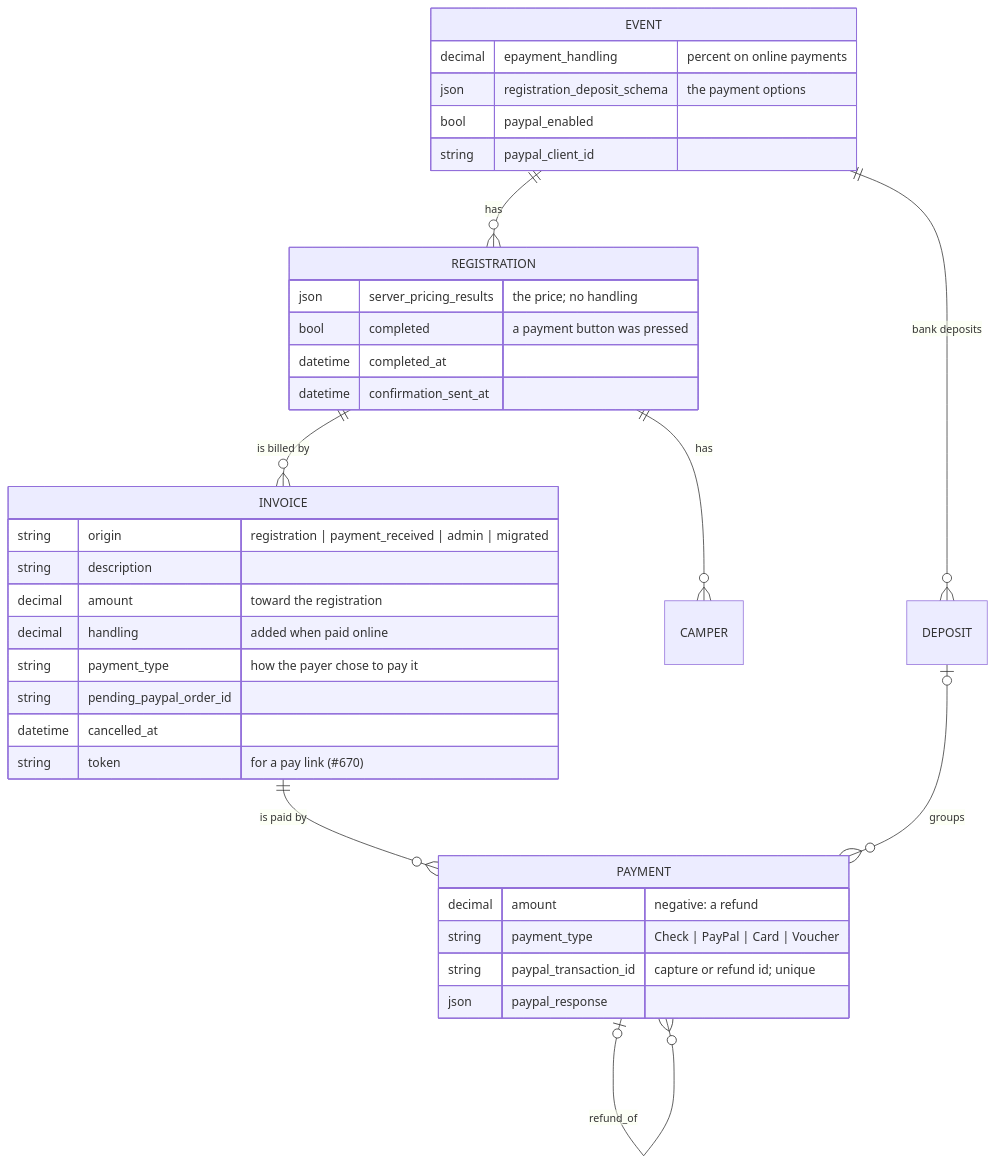
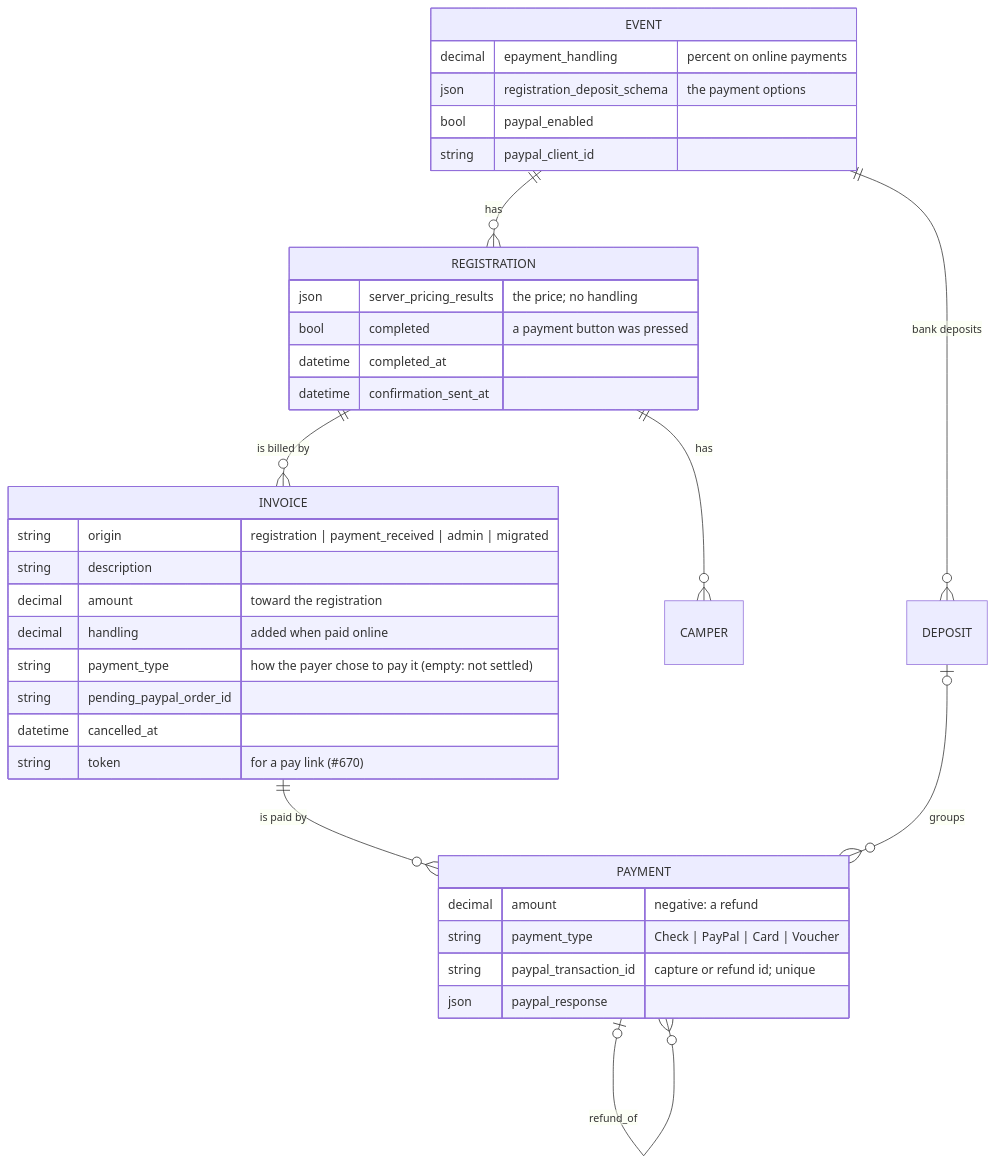
The first of 12 diagrams in doc/payments.md (camphoric/camphoric), drawn with Mermaid before and after one commit. The commit also changed other lines of this file and 8 other files, not shown here.

First line of the commit message:
fix: say how they paid after an abandoned PayPal attempt

````diff
--- a/doc/payments.md
+++ b/doc/payments.md
@@ -43,38 +43,38 @@
 ```mermaid
 erDiagram
     EVENT ||--o{ REGISTRATION : has
     EVENT ||--o{ DEPOSIT : "bank deposits"
     REGISTRATION ||--o{ CAMPER : has
     REGISTRATION ||--o{ INVOICE : "is billed by"
     INVOICE ||--o{ PAYMENT : "is paid by"
     PAYMENT |o--o{ PAYMENT : "refund_of"
     DEPOSIT |o--o{ PAYMENT : groups
     EVENT {
         decimal epayment_handling "percent on online payments"
         json registration_deposit_schema "the payment options"
         bool paypal_enabled
         string paypal_client_id
     }
     REGISTRATION {
         json server_pricing_results "the price; no handling"
         bool completed "a payment button was pressed"
         datetime completed_at
         datetime confirmation_sent_at
     }
     INVOICE {
         string origin "registration | payment_received | admin | migrated"
         string description
         decimal amount "toward the registration"
         decimal handling "added when paid online"
-        string payment_type "how the payer chose to pay it"
+        string payment_type "how the payer chose to pay it (empty: not settled)"
         string pending_paypal_order_id
         datetime cancelled_at
         string token "for a pay link (#670)"
     }
     PAYMENT {
         decimal amount "negative: a refund"
         string payment_type "Check | PayPal | Card | Voucher"
         string paypal_transaction_id "capture or refund id; unique"
         json paypal_response
     }
 ```
````
